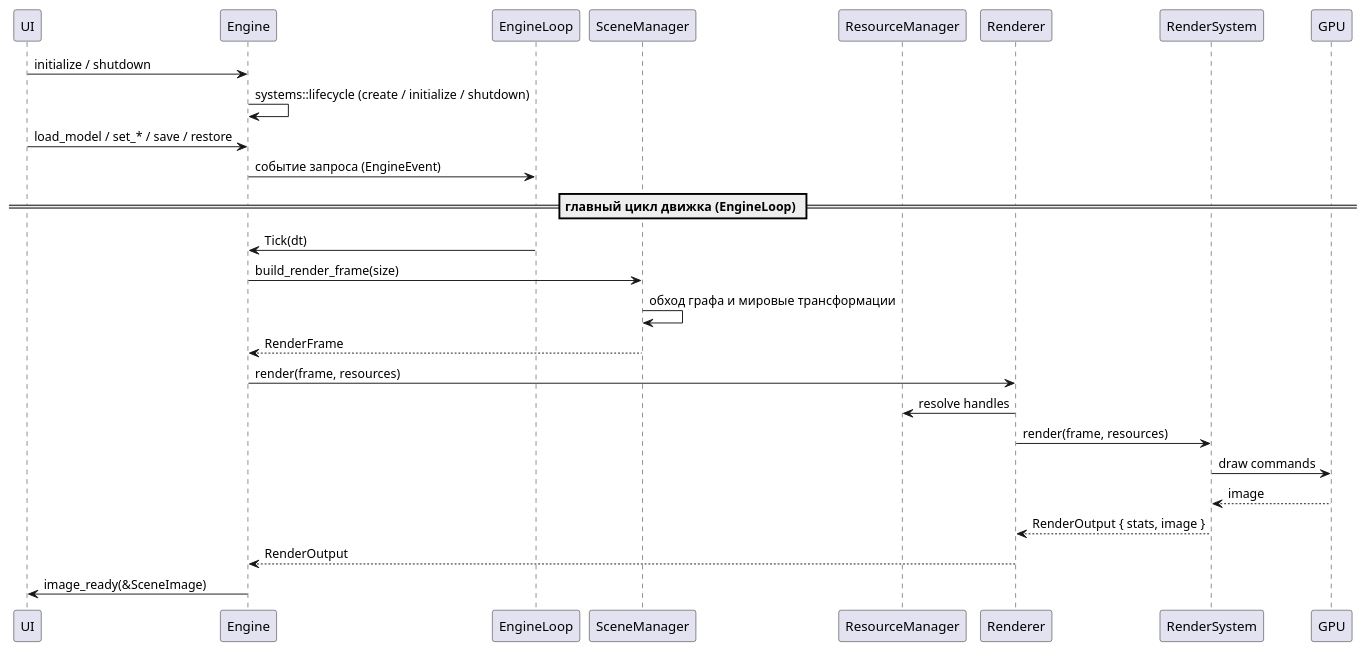
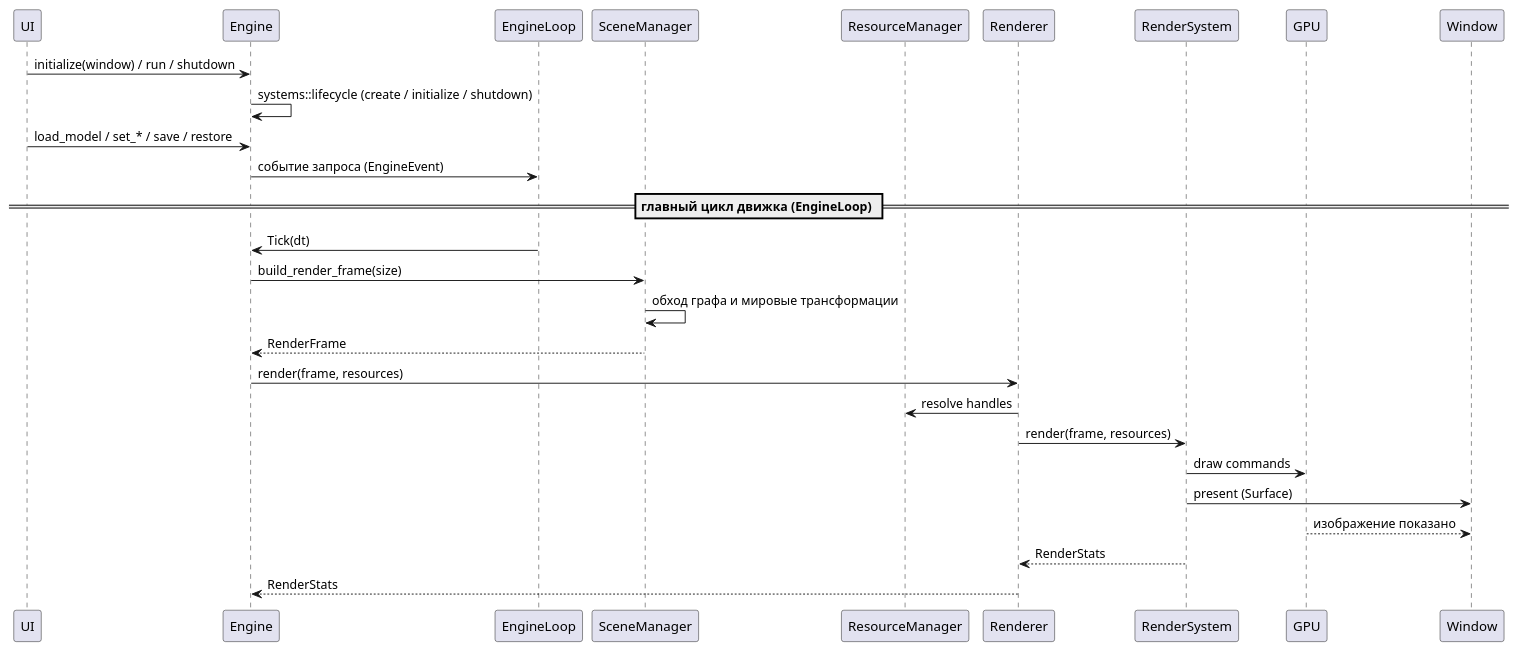
One commit to BFGEG/BFGE changed the second of 5 diagrams in docs/FREAK_Engine_Architecture.md. Above: the diagram before and after it, drawn with PlantUML. The commit also changed other lines of this file and 4 other files, not shown here.

````diff
--- a/docs/FREAK_Engine_Architecture.md
+++ b/docs/FREAK_Engine_Architecture.md
@@ -1176,37 +1200,38 @@
 ```plantuml
 @startuml
 
 participant UI
 participant Engine
 participant EngineLoop
 participant SceneManager
 participant ResourceManager
 participant Renderer
 participant RenderSystem
 participant GPU
+participant Window
 
-UI -> Engine : initialize / shutdown
+UI -> Engine : initialize(window) / run / shutdown
 Engine -> Engine : systems::lifecycle (create / initialize / shutdown)
 
 UI -> Engine : load_model / set_* / save / restore
 Engine -> EngineLoop : событие запроса (EngineEvent)
 
 == главный цикл движка (EngineLoop) ==
 
 EngineLoop -> Engine : Tick(dt)
 Engine -> SceneManager : build_render_frame(size)
 SceneManager -> SceneManager : обход графа и мировые трансформации
 SceneManager --> Engine : RenderFrame
 
 Engine -> Renderer : render(frame, resources)
 Renderer -> ResourceManager : resolve handles
 Renderer -> RenderSystem : render(frame, resources)
 RenderSystem -> GPU : draw commands
-GPU --> RenderSystem : image
-RenderSystem --> Renderer : RenderOutput { stats, image }
-Renderer --> Engine : RenderOutput
+RenderSystem -> Window : present (Surface)
+GPU --> Window : изображение показано
 
-Engine -> UI : image_ready(&SceneImage)
+RenderSystem --> Renderer : RenderStats
+Renderer --> Engine : RenderStats
 
 @enduml
 ```
````
